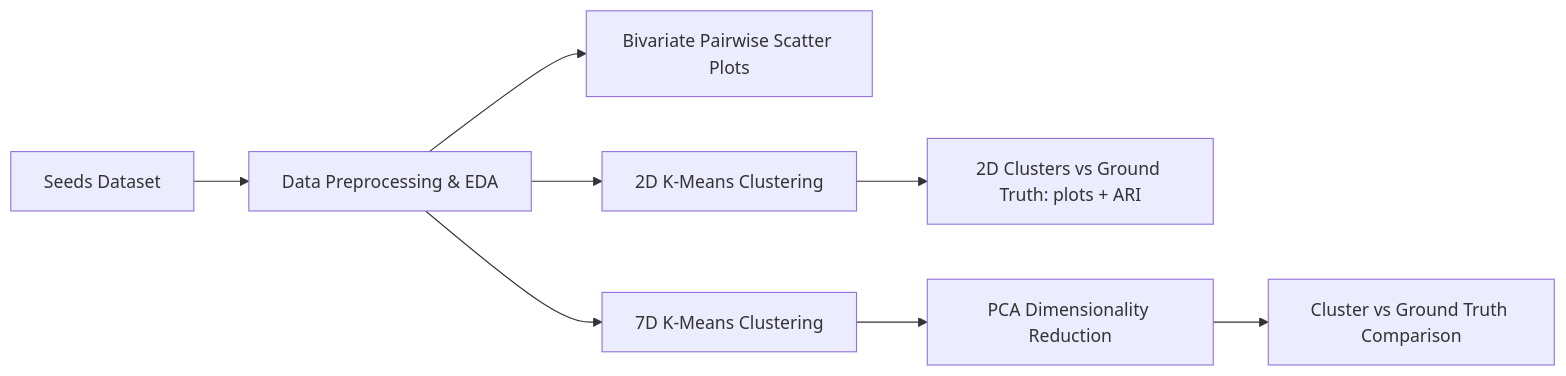
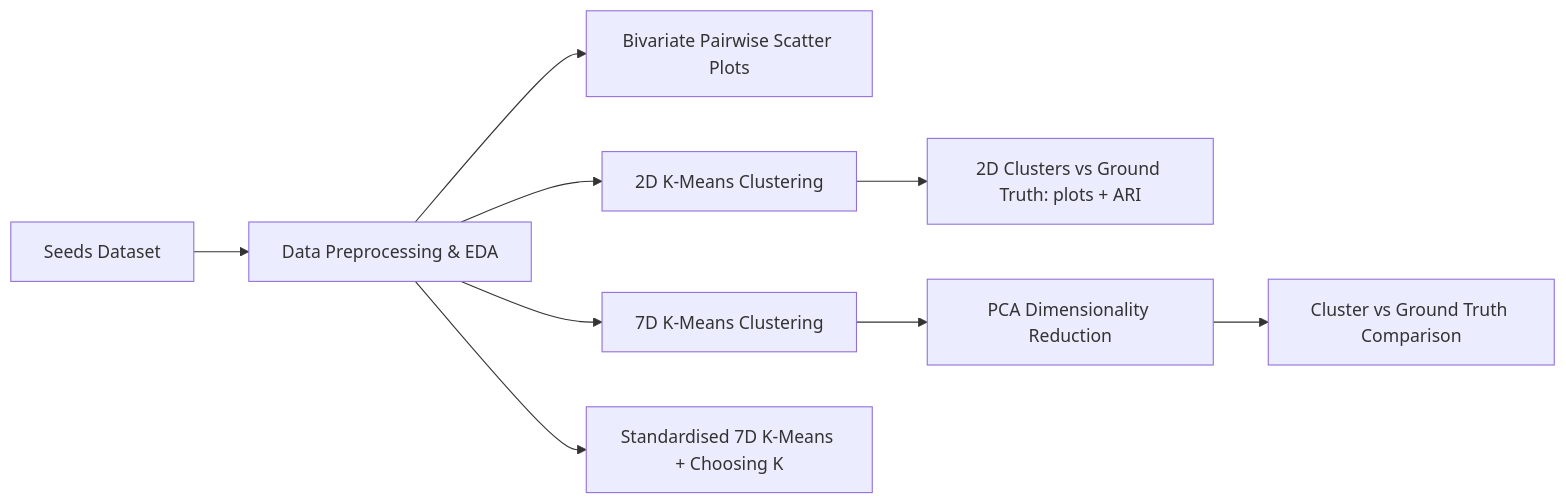
The diagram in README.md (ShibilAhamed701212/seeds-clustering-pca-analysis), drawn with Mermaid before and after one commit. The commit also changed other lines of this file and 2 other files, not shown here.

First line of the commit message:
Add standardised clustering and K selection; test minimum versions in CI (#3)

````diff
--- a/README.md
+++ b/README.md
@@ -53,10 +53,11 @@
 ```mermaid
 flowchart LR
     A[Seeds Dataset] --> B[Data Preprocessing & EDA]
     B --> C[Bivariate Pairwise Scatter Plots]
     B --> D[2D K-Means Clustering]
     D --> H[2D Clusters vs Ground Truth: plots + ARI]
     B --> E[7D K-Means Clustering]
     E --> F[PCA Dimensionality Reduction]
     F --> G[Cluster vs Ground Truth Comparison]
+    B --> I[Standardised 7D K-Means + Choosing K]
 ```
````
